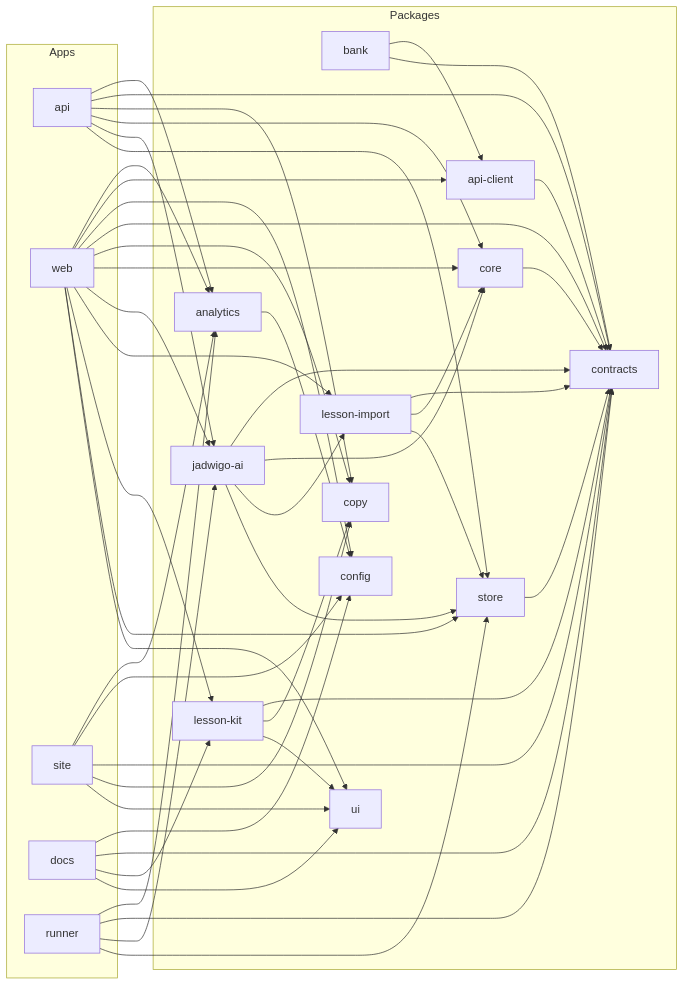
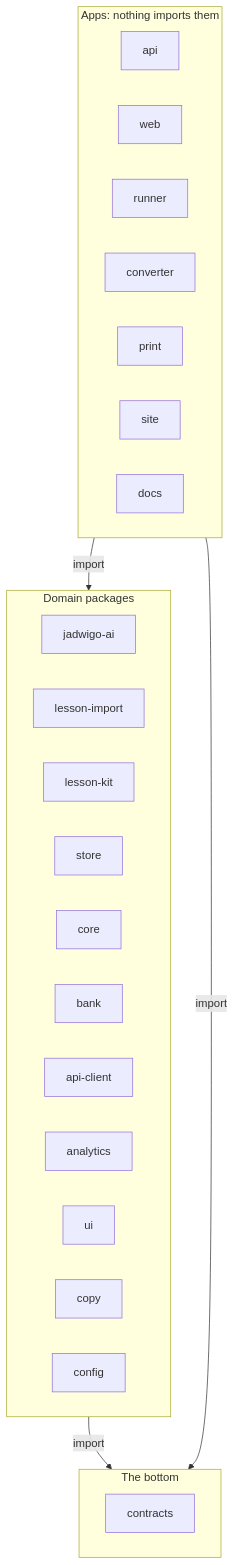
The diagram in apps/docs/src/lib/diagrams/monorepo.mmd (vasyl-stanislavchuk/jadwigo-hackathon), drawn with Mermaid before and after one commit. The commit also changed 69 other files, not shown here.

First line of the commit message:
dl-5ssh.90.53.20: architecture as a C4 ladder, every diagram redrawn in Medallion (#946)

```diff
--- a/apps/docs/src/lib/diagrams/monorepo.mmd
+++ b/apps/docs/src/lib/diagrams/monorepo.mmd
@@ -1,68 +1,29 @@
-flowchart LR
-  subgraph apps [Apps]
+flowchart TB
+  subgraph apps [Apps: nothing imports them]
     api
     web
+    runner
+    converter
+    print
     site
     docs
-    runner
   end
-  subgraph packages [Packages]
-    analytics
-    api_client["api-client"]
-    bank
-    config
-    contracts
-    copy
-    core
+  subgraph domain [Domain packages]
     jadwigo_ai["jadwigo-ai"]
     lesson_import["lesson-import"]
     lesson_kit["lesson-kit"]
     store
+    core
+    bank
+    api_client["api-client"]
+    analytics
     ui
+    copy
+    config
   end
-  api --> analytics
-  api --> contracts
-  api --> copy
-  api --> core
-  api --> jadwigo_ai
-  api --> store
-  web --> analytics
-  web --> api_client
-  web --> config
-  web --> contracts
-  web --> copy
-  web --> core
-  web --> jadwigo_ai
-  web --> lesson_import
-  web --> lesson_kit
-  web --> store
-  web --> ui
-  site --> analytics
-  site --> config
-  site --> contracts
-  site --> copy
-  site --> ui
-  docs --> config
-  docs --> contracts
-  docs --> lesson_kit
-  docs --> ui
-  runner --> analytics
-  runner --> contracts
-  runner --> jadwigo_ai
-  runner --> store
-  analytics --> config
-  api_client --> contracts
-  bank --> api_client
-  bank --> contracts
-  core --> contracts
-  jadwigo_ai --> contracts
-  jadwigo_ai --> core
-  jadwigo_ai --> lesson_import
-  jadwigo_ai --> store
-  lesson_import --> contracts
-  lesson_import --> core
-  lesson_import --> store
-  lesson_kit --> contracts
-  lesson_kit --> copy
-  lesson_kit --> ui
-  store --> contracts
+  subgraph bottom [The bottom]
+    contracts
+  end
+  apps -- import --> domain
+  domain -- import --> bottom
+  apps -- import --> bottom
```
